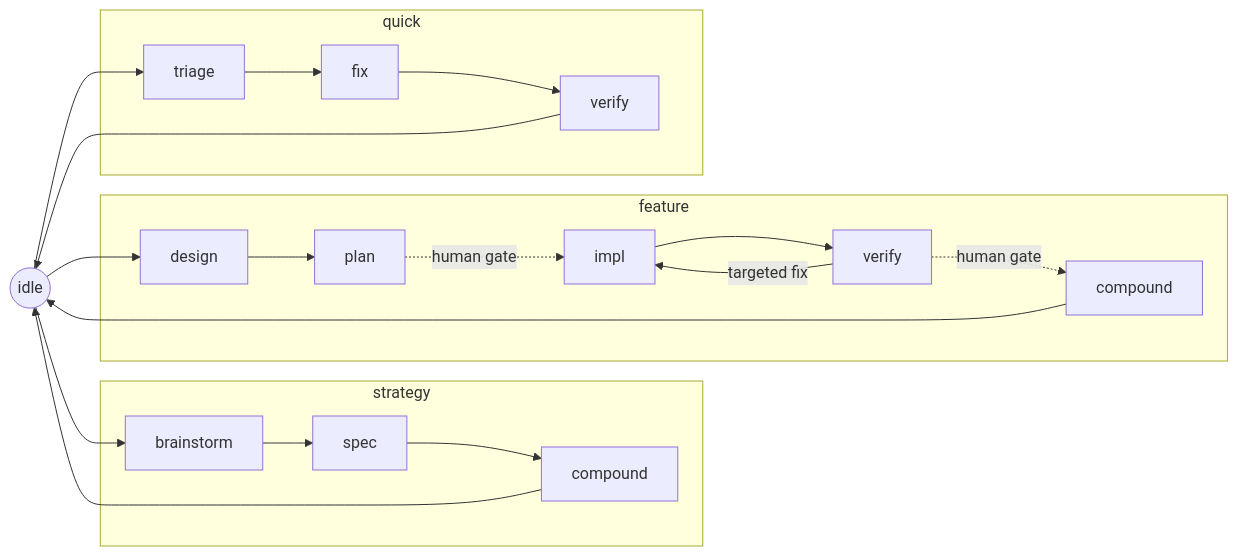
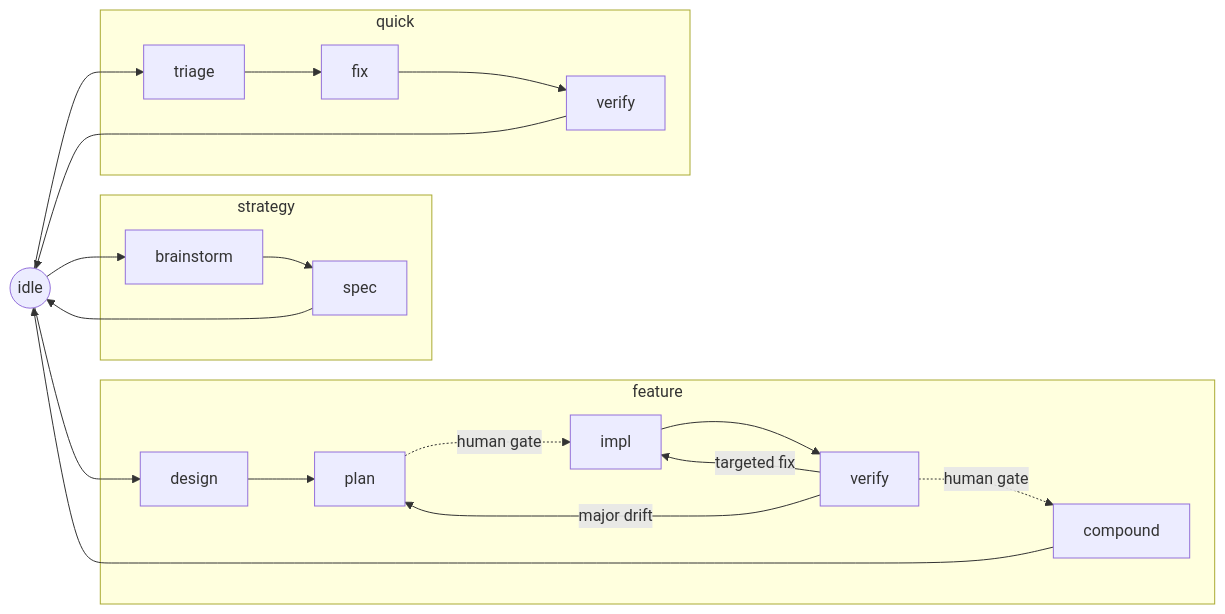
One commit to LennardZuendorf/vibe changed the diagram in README.md. Above: the diagram before and after it, drawn with Mermaid. The commit also changed other lines of this file and 76 other files, not shown here.

````diff
--- a/README.md
+++ b/README.md
@@ -119,20 +118,21 @@
 ```mermaid
 flowchart LR
     I((idle)) --> SB
     subgraph strategy
-        SB[brainstorm] --> SS[spec] --> SC[compound]
+        SB[brainstorm] --> SS[spec]
     end
     subgraph feature
         D[design] --> P[plan] -. human gate .-> IM[impl] --> V[verify]
         V -. human gate .-> C[compound]
         V -->|targeted fix| IM
+        V -->|major drift| P
     end
     subgraph quick
         T[triage] --> F[fix] --> QV[verify]
     end
     I --> D
     I --> T
-    SC --> I
+    SS --> I
     C --> I
     QV --> I
 ```
````
